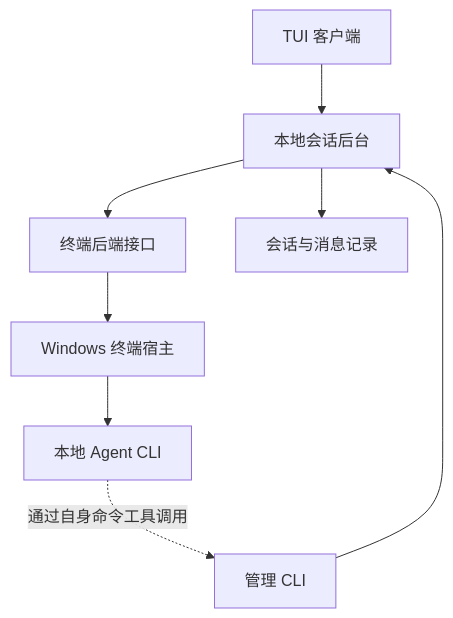
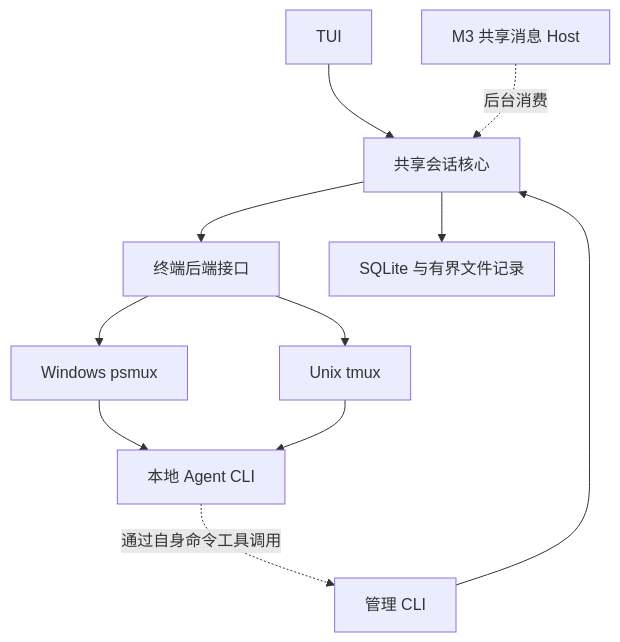
Before and after one commit to liuhui-code/agent-session-desk: the diagram in docs/ARCHITECTURE.md, drawn with Mermaid. The commit also changed other lines of this file and 17 other files, not shown here.

````diff
--- a/docs/ARCHITECTURE.md
+++ b/docs/ARCHITECTURE.md
@@ -9,10 +9,13 @@
 ```mermaid
 flowchart TD
-    UI["TUI 客户端"] --> HOST["本地会话后台"]
-    CTL["管理 CLI"] --> HOST
-    HOST --> RUNTIME["终端后端接口"]
-    HOST --> STORE["会话与消息记录"]
-    RUNTIME --> PTY["Windows 终端宿主"]
-    PTY --> AGENT["本地 Agent CLI"]
+    UI["TUI"] --> CORE["共享会话核心"]
+    CTL["管理 CLI"] --> CORE
+    HOST["M3 共享消息 Host"] -. "后台消费" .-> CORE
+    CORE --> RUNTIME["终端后端接口"]
+    CORE --> STORE["SQLite 与有界文件记录"]
+    RUNTIME --> WIN["Windows psmux"]
+    RUNTIME --> UNIX["Unix tmux"]
+    WIN --> AGENT["本地 Agent CLI"]
+    UNIX --> AGENT
     AGENT -. "通过自身命令工具调用" .-> CTL
 ```
````
